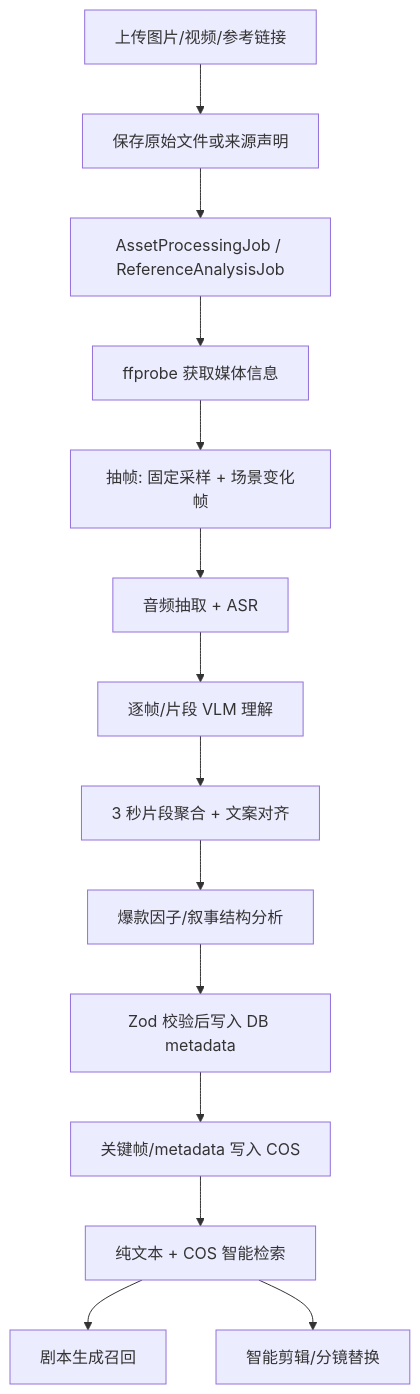
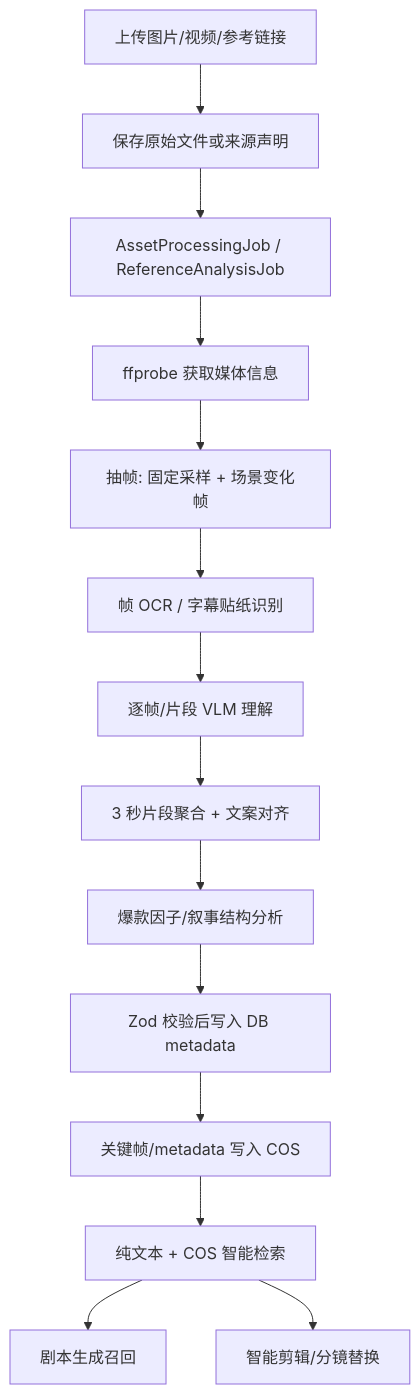
One commit to Jankin-Chen123/shopclip-ai changed the diagram in projects/shopclip-ai/parts/part-015-multigranularity-asset-and-viral-analysis.md. Above: the diagram before and after it, drawn with Mermaid. The commit also changed other lines of this file and 53 other files, not shown here.

````diff
--- a/projects/shopclip-ai/parts/part-015-multigranularity-asset-and-viral-analysis.md
+++ b/projects/shopclip-ai/parts/part-015-multigranularity-asset-and-viral-analysis.md
@@ -242,16 +245,16 @@
 ```mermaid
 flowchart TD
   Upload["上传图片/视频/参考链接"] --> StoreRaw["保存原始文件或来源声明"]
   StoreRaw --> Job["AssetProcessingJob / ReferenceAnalysisJob"]
   Job --> Probe["ffprobe 获取媒体信息"]
   Probe --> Frame["抽帧: 固定采样 + 场景变化帧"]
-  Frame --> ASR["音频抽取 + ASR"]
-  ASR --> VLM["逐帧/片段 VLM 理解"]
+  Frame --> OCR["帧 OCR / 字幕贴纸识别"]
+  OCR --> VLM["逐帧/片段 VLM 理解"]
   VLM --> Segment["3 秒片段聚合 + 文案对齐"]
   Segment --> Viral["爆款因子/叙事结构分析"]
   Viral --> Persist["Zod 校验后写入 DB metadata"]
   Persist --> COS["关键帧/metadata 写入 COS"]
   COS --> Search["纯文本 + COS 智能检索"]
   Search --> Script["剧本生成召回"]
   Search --> Edit["智能剪辑/分镜替换"]
 ```
````
